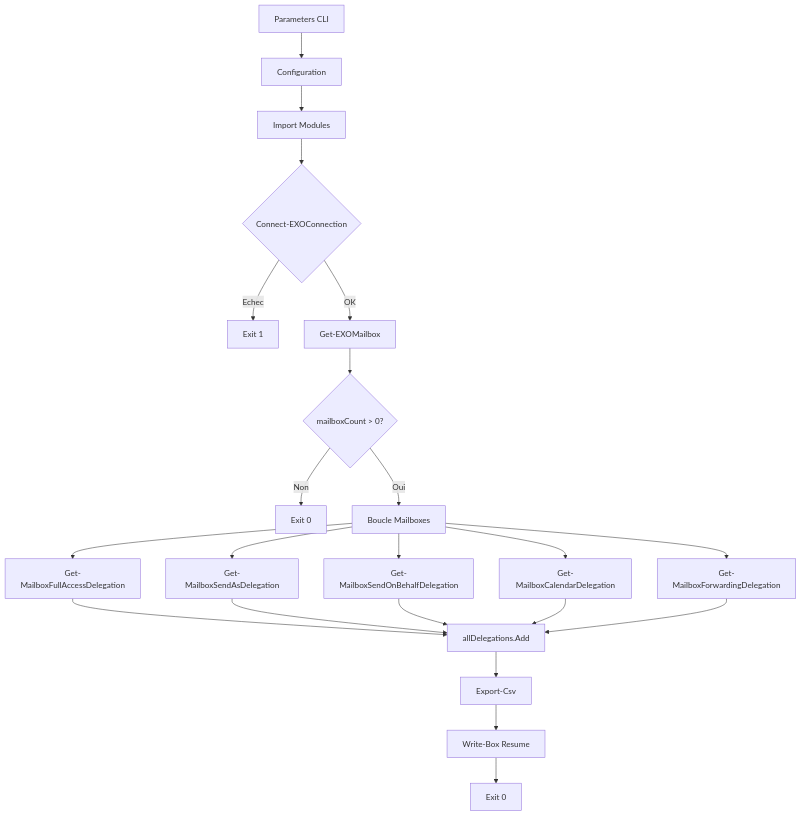
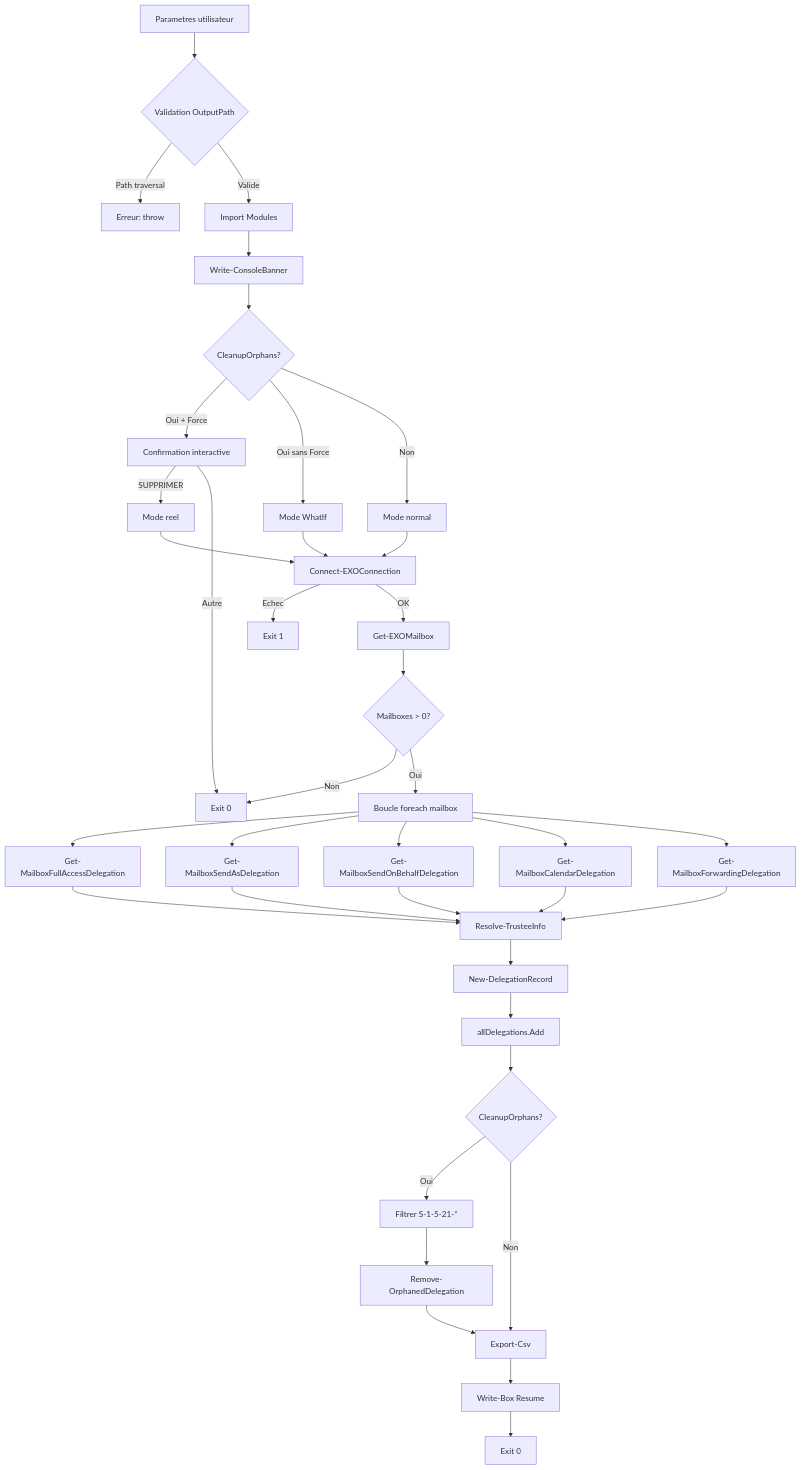
The diagram in audit/AUDIT-2025-12-15-Get-ExchangeDelegation.md (zornot/Demo-Collect-Delegation), drawn with Mermaid before and after one commit. The commit also changed other lines of this file and 24 other files, not shown here.

````diff
--- a/audit/AUDIT-2025-12-15-Get-ExchangeDelegation.md
+++ b/audit/AUDIT-2025-12-15-Get-ExchangeDelegation.md
@@ -108,20 +139,48 @@
 ```mermaid
 graph TD
-    A[Parameters CLI] --> B[Configuration]
-    B --> C[Import Modules]
-    C --> D{Connect-EXOConnection}
-    D -->|Echec| E[Exit 1]
-    D -->|OK| F[Get-EXOMailbox]
-    F --> G{mailboxCount > 0?}
-    G -->|Non| H[Exit 0]
-    G -->|Oui| I[Boucle Mailboxes]
-    I --> J[Get-MailboxFullAccessDelegation]
-    I --> K[Get-MailboxSendAsDelegation]
-    I --> L[Get-MailboxSendOnBehalfDelegation]
-    I --> M[Get-MailboxCalendarDelegation]
-    I --> N[Get-MailboxForwardingDelegation]
-    J & K & L & M & N --> O[allDelegations.Add]
-    O --> P[Export-Csv]
-    P --> Q[Write-Box Resume]
-    Q --> R[Exit 0]
+    A[Parametres utilisateur] --> B{Validation OutputPath}
+    B -->|Path traversal| X[Erreur: throw]
+    B -->|Valide| C[Import Modules]
+    C --> D[Write-ConsoleBanner]
+    D --> E{CleanupOrphans?}
+    E -->|Oui + Force| F[Confirmation interactive]
+    F -->|SUPPRIMER| G[Mode reel]
+    F -->|Autre| Y[Exit 0]
+    E -->|Oui sans Force| H[Mode WhatIf]
+    E -->|Non| I[Mode normal]
+
+    G --> J[Connect-EXOConnection]
+    H --> J
+    I --> J
+
+    J -->|Echec| Z[Exit 1]
+    J -->|OK| K[Get-EXOMailbox]
+
+    K --> L{Mailboxes > 0?}
+    L -->|Non| Y
+    L -->|Oui| M[Boucle foreach mailbox]
+
+    M --> N1[Get-MailboxFullAccessDelegation]
+    M --> N2[Get-MailboxSendAsDelegation]
+    M --> N3[Get-MailboxSendOnBehalfDelegation]
+    M --> N4[Get-MailboxCalendarDelegation]
+    M --> N5[Get-MailboxForwardingDelegation]
+
+    N1 --> O[Resolve-TrusteeInfo]
+    N2 --> O
+    N3 --> O
+    N4 --> O
+    N5 --> O
+
+    O --> P[New-DelegationRecord]
+    P --> Q[allDelegations.Add]
+
+    Q --> R{CleanupOrphans?}
+    R -->|Oui| S[Filtrer S-1-5-21-*]
+    S --> T[Remove-OrphanedDelegation]
+    R -->|Non| U[Export-Csv]
+    T --> U
+
+    U --> V[Write-Box Resume]
+    V --> W[Exit 0]
 ```
````
